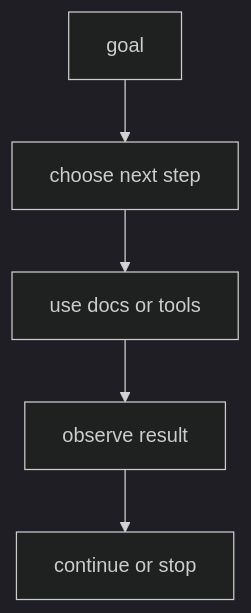
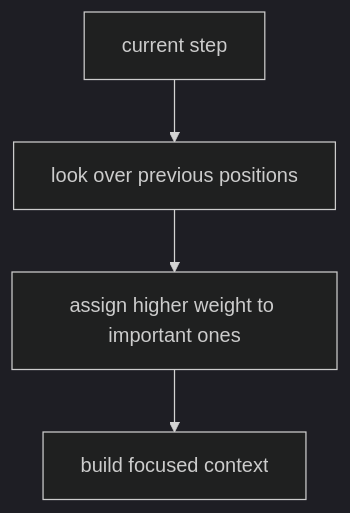
Before and after one commit to devchan64/AiBook: the diagram in docs/parts/part-05/chapter-13/section-01.md, drawn with Mermaid (dark theme). The commit also changed other lines of this file and 213 other files, not shown here.

````diff
--- a/docs/parts/part-05/chapter-13/section-01.md
+++ b/docs/parts/part-05/chapter-13/section-01.md
@@ -219,13 +131,11 @@
 ```mermaid
 flowchart TD
-  A["goal"]
-  B["choose next step"]
-  C["use docs or tools"]
-  D["observe result"]
-  E["continue or stop"]
+  A["current step"]
+  B["look over previous positions"]
+  C["assign higher weight to important ones"]
+  D["build focused context"]
 
   A --> B
   B --> C
   C --> D
-  D --> E
 ```
````
